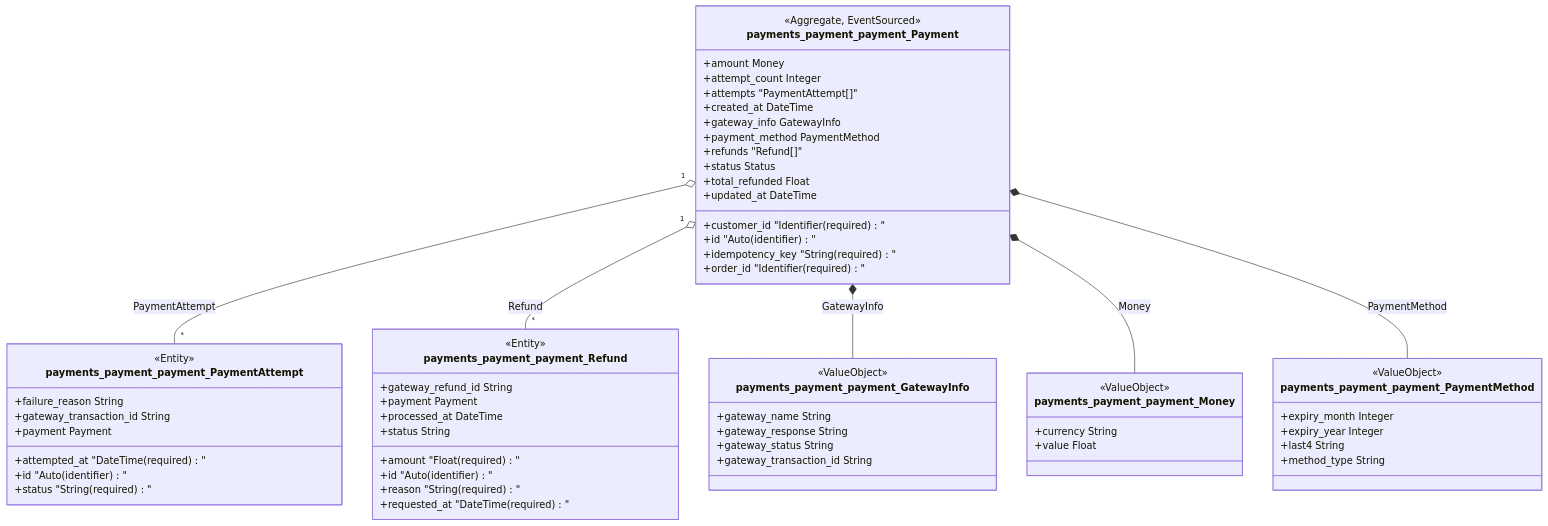
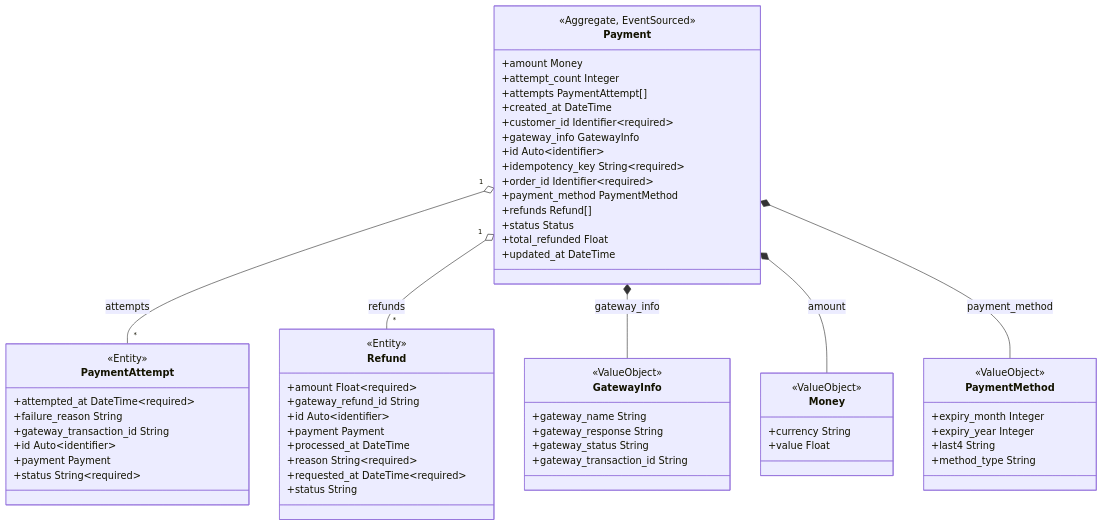
One commit to proteanhq/shopstream changed the second of 2 diagrams in docs/payments/clusters.md. Above: the diagram before and after it, drawn with Mermaid. The commit also changed other lines of this file and 24 other files, not shown here.

First line of the commit message:
Regenerate docs with improved Mermaid diagrams from upstream Protean fixes

````diff
--- a/docs/payments/clusters.md
+++ b/docs/payments/clusters.md
@@ -35,64 +35,64 @@
 ```mermaid
 classDiagram
-    class payments_payment_payment_Payment {
+    class payments_payment_payment_Payment["Payment"] {
         <<Aggregate, EventSourced>>
         +amount Money
         +attempt_count Integer
-        +attempts "PaymentAttempt[]"
+        +attempts PaymentAttempt[]
         +created_at DateTime
-        +customer_id "Identifier (required)"
+        +customer_id Identifier~required~
         +gateway_info GatewayInfo
-        +id "Auto (identifier)"
-        +idempotency_key "String (required)"
-        +order_id "Identifier (required)"
+        +id Auto~identifier~
+        +idempotency_key String~required~
+        +order_id Identifier~required~
         +payment_method PaymentMethod
-        +refunds "Refund[]"
+        +refunds Refund[]
         +status Status
         +total_refunded Float
         +updated_at DateTime
     }
-    class payments_payment_payment_PaymentAttempt {
+    class payments_payment_payment_PaymentAttempt["PaymentAttempt"] {
         <<Entity>>
-        +attempted_at "DateTime (required)"
+        +attempted_at DateTime~required~
         +failure_reason String
         +gateway_transaction_id String
-        +id "Auto (identifier)"
+        +id Auto~identifier~
         +payment Payment
-        +status "String (required)"
+        +status String~required~
     }
-    payments_payment_payment_Payment "1" o-- "*" payments_payment_payment_PaymentAttempt : PaymentAttempt
-    class payments_payment_payment_Refund {
+    payments_payment_payment_Payment "1" o-- "*" payments_payment_payment_PaymentAttempt : attempts
+    class payments_payment_payment_Refund["Refund"] {
         <<Entity>>
-        +amount "Float (required)"
+        +amount Float~required~
         +gateway_refund_id String
-        +id "Auto (identifier)"
+        +id Auto~identifier~
         +payment Payment
         +processed_at DateTime
-        +reason "String (required)"
-        +requested_at "DateTime (required)"
+        +reason String~required~
+        +requested_at DateTime~required~
         +status String
     }
-    payments_payment_payment_Payment "1" o-- "*" payments_payment_payment_Refund : Refund
-    class payments_payment_payment_GatewayInfo {
+    payments_payment_payment_Payment "1" o-- "*" payments_payment_payment_Refund : refunds
+    class payments_payment_payment_GatewayInfo["GatewayInfo"] {
         <<ValueObject>>
         +gateway_name String
         +gateway_response String
         +gateway_status String
         +gateway_transaction_id String
     }
-    payments_payment_payment_Payment *-- payments_payment_payment_GatewayInfo : GatewayInfo
-    class payments_payment_payment_Money {
+    payments_payment_payment_Payment *-- payments_payment_payment_GatewayInfo : gateway_info
+    class payments_payment_payment_Money["Money"] {
         <<ValueObject>>
         +currency String
         +value Float
     }
-    payments_payment_payment_Payment *-- payments_payment_payment_Money : Money
-    class payments_payment_payment_PaymentMethod {
+    payments_payment_payment_Payment *-- payments_payment_payment_Money : amount
+    class payments_payment_payment_PaymentMethod["PaymentMethod"] {
         <<ValueObject>>
         +expiry_month Integer
         +expiry_year Integer
         +last4 String
         +method_type String
     }
-    payments_payment_payment_Payment *-- payments_payment_payment_PaymentMethod : PaymentMethod
+    payments_payment_payment_Payment *-- payments_payment_payment_PaymentMethod : payment_method
 ```
````
